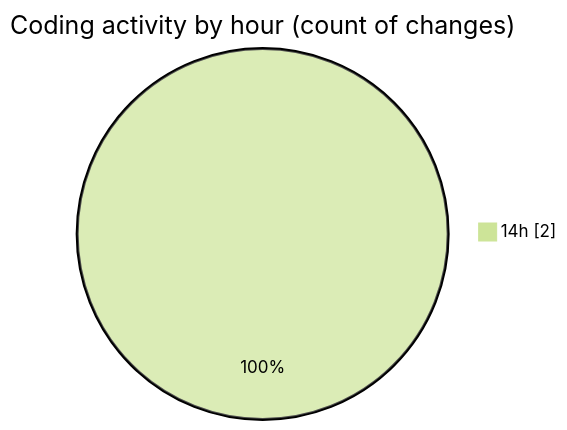
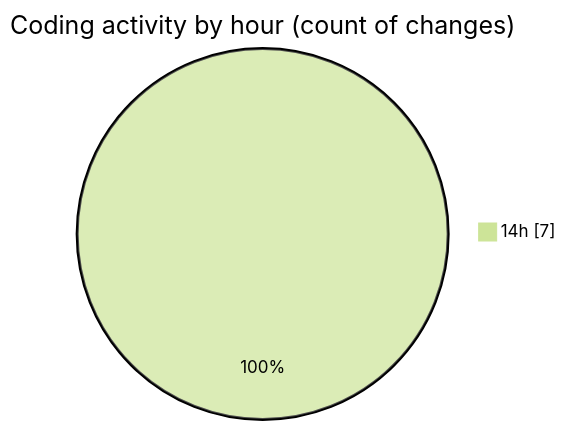
Before and after one commit to EIIisD/code-tracking: the second of 2 diagrams in 2025-07-27/fish/README.md, drawn with Mermaid (forest theme). The commit also changed other lines of this file and 1 other file, not shown here.

````diff
--- a/2025-07-27/fish/README.md
+++ b/2025-07-27/fish/README.md
@@ -28,5 +28,5 @@
 ```mermaid
 pie showData
 title Coding activity by hour (count of changes)
-"14h" : 2
+"14h" : 7
 ```
````
